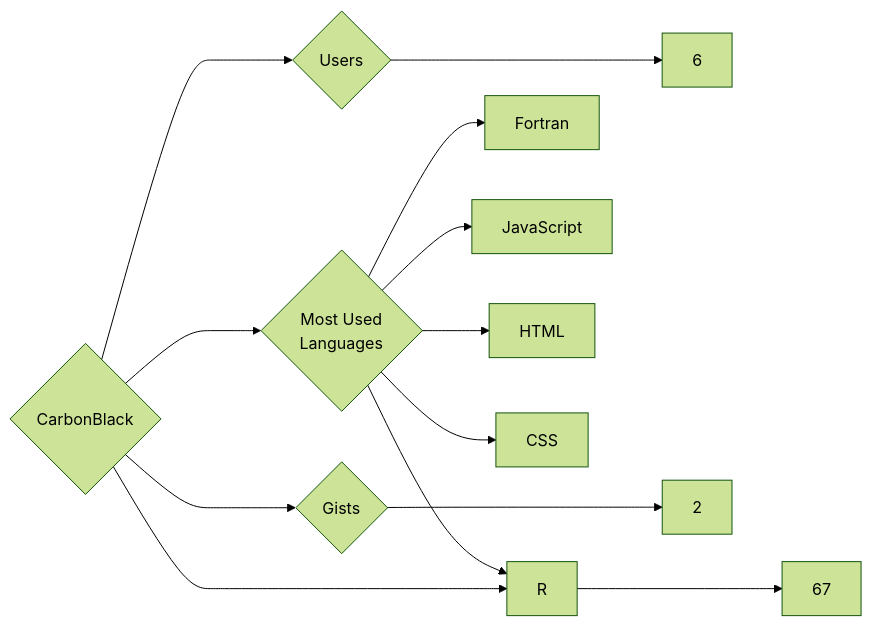
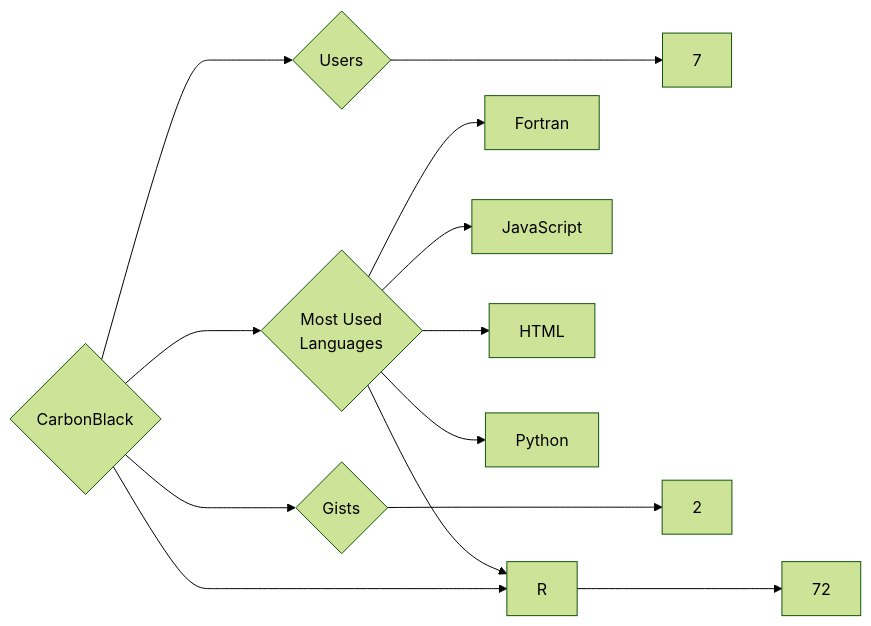
Before and after one commit to trickest/insiders: the diagram in targets/CarbonBlack/README.md, drawn with Mermaid (forest theme). The commit also changed 718 other files, not shown here.

````diff
--- a/targets/CarbonBlack/README.md
+++ b/targets/CarbonBlack/README.md
@@ -3,13 +3,13 @@
 ```mermaid
 graph LR
 COMPANY_NAME{CarbonBlack}
-COMPANY_NAME ---> U{Users} ---> UN[6]
-COMPANY_NAME ---> R{Repositories} ---> RN[67]
+COMPANY_NAME ---> U{Users} ---> UN[7]
+COMPANY_NAME ---> R{Repositories} ---> RN[72]
 COMPANY_NAME ---> G{Gists} ---> GN[2]
 COMPANY_NAME ---> ML{Most Used<br>Languages}
 ML --> Fortran[Fortran]
 ML --> JavaScript[JavaScript]
 ML --> HTML[HTML]
 ML --> R[R]
-ML --> CSS[CSS]
+ML --> Python[Python]
 ```
````
